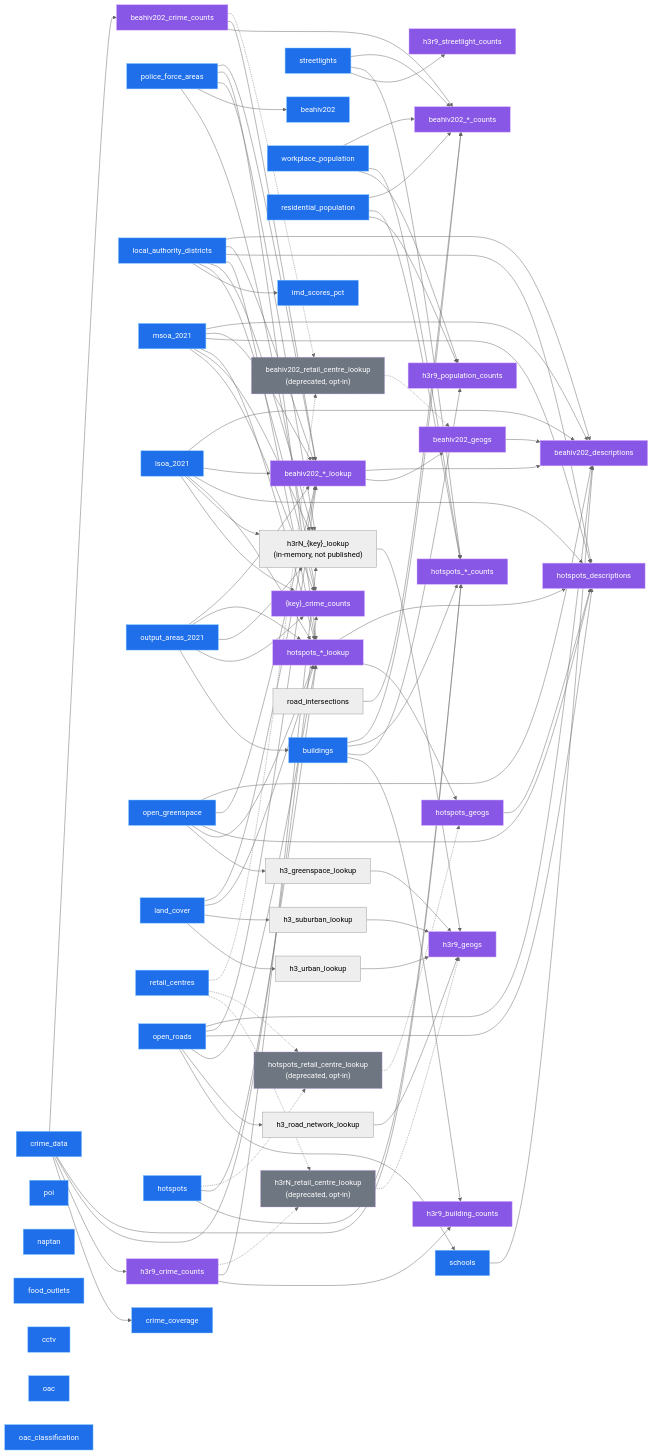
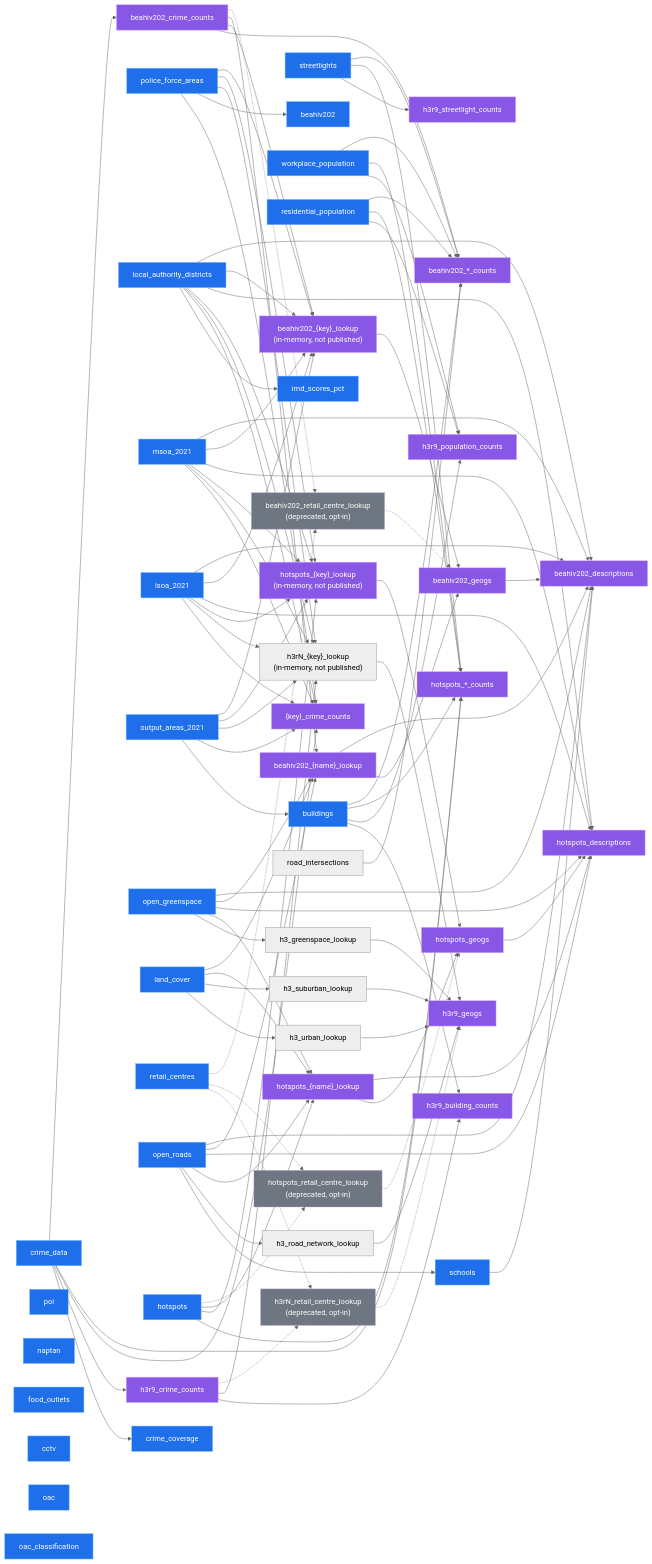
One commit to safer-streets/safer-streets-tooling changed the diagram in README.md. Above: the diagram before and after it, drawn with Mermaid (neutral theme). The commit also changed other lines of this file and 10 other files, not shown here.

First line of the commit message:
Build the BEAHIV / hotspot geography lookups in steps of their own

````diff
--- a/README.md
+++ b/README.md
@@ -128,13 +130,15 @@
    h3_retail_centres_lookup["h3rN_retail_centre_lookup<br/>(deprecated, opt-in)"]
    h3r9_geogs
    hotspot_counts["hotspots_*_counts"]
-   hotspot_lookups["hotspots_*_lookup"]
+   hotspot_geo_lookups["hotspots_{key}_lookup<br/>(in-memory, not published)"]
+   hotspot_lookups["hotspots_{name}_lookup"]
    hotspots_retail_centre_lookup["hotspots_retail_centre_lookup<br/>(deprecated, opt-in)"]
    hotspots_geogs
    hotspots_descriptions
    beahiv202_crime_counts
    beahiv_counts_other["beahiv202_*_counts"]
-   beahiv_lookups["beahiv202_*_lookup"]
+   beahiv_geo_lookups["beahiv202_{key}_lookup<br/>(in-memory, not published)"]
+   beahiv_lookups["beahiv202_{name}_lookup"]
    beahiv202_retail_centre_lookup["beahiv202_retail_centre_lookup<br/>(deprecated, opt-in)"]
    beahiv202_geogs
    beahiv202_descriptions
@@ -188,17 +192,19 @@
     buildings --> hotspot_counts
     workplace_population --> hotspot_counts
     residential_population --> hotspot_counts
+    hotspots --> hotspot_geo_lookups
+    police_force_areas --> hotspot_geo_lookups
+    local_authority_districts --> hotspot_geo_lookups
+    msoa_2021 --> hotspot_geo_lookups
+    lsoa_2021 --> hotspot_geo_lookups
+    output_areas_2021 --> hotspot_geo_lookups
     hotspots --> hotspot_lookups
-    police_force_areas --> hotspot_lookups
-    local_authority_districts --> hotspot_lookups
-    msoa_2021 --> hotspot_lookups
-    lsoa_2021 --> hotspot_lookups
-    output_areas_2021 --> hotspot_lookups
     open_greenspace --> hotspot_lookups
     land_cover --> hotspot_lookups
     open_roads --> hotspot_lookups
     hotspots -.-> hotspots_retail_centre_lookup
     retail_centres -.-> hotspots_retail_centre_lookup
+    hotspot_geo_lookups --> hotspots_geogs
     hotspot_lookups --> hotspots_geogs
     hotspots_retail_centre_lookup -.-> hotspots_geogs
     hotspots_geogs --> hotspots_descriptions
@@ -217,17 +223,19 @@
     workplace_population --> beahiv_counts_other
     residential_population --> beahiv_counts_other
     road_intersections --> beahiv_counts_other
+    beahiv202_crime_counts --> beahiv_geo_lookups
+    police_force_areas --> beahiv_geo_lookups
+    local_authority_districts --> beahiv_geo_lookups
+    msoa_2021 --> beahiv_geo_lookups
+    lsoa_2021 --> beahiv_geo_lookups
+    output_areas_2021 --> beahiv_geo_lookups
     beahiv202_crime_counts --> beahiv_lookups
-    police_force_areas --> beahiv_lookups
-    local_authority_districts --> beahiv_lookups
-    msoa_2021 --> beahiv_lookups
-    lsoa_2021 --> beahiv_lookups
-    output_areas_2021 --> beahiv_lookups
     open_greenspace --> beahiv_lookups
     land_cover --> beahiv_lookups
     open_roads --> beahiv_lookups
     beahiv202_crime_counts -.-> beahiv202_retail_centre_lookup
     retail_centres -.-> beahiv202_retail_centre_lookup
+    beahiv_geo_lookups --> beahiv202_geogs
     beahiv_lookups --> beahiv202_geogs
     beahiv202_retail_centre_lookup -.-> beahiv202_geogs
     beahiv202_geogs --> beahiv202_descriptions
@@ -244,6 +252,6 @@
     classDef transform fill:#8957e5,stroke:#d2a8ff,stroke-width:1px,color:#ffffff;
     classDef deprecated fill:#6e7681,stroke:#d2a8ff,stroke-width:1px,stroke-dasharray:4 3,color:#ffffff;
     class crime_data,crime_coverage,police_force_areas,local_authority_districts,msoa_2021,lsoa_2021,output_areas_2021,open_greenspace,land_cover,buildings,retail_centres,open_roads,poi,naptan,food_outlets,streetlights,cctv,schools,imd_scores_pct,oac,oac_classification,workplace_population,residential_population,beahiv202,hotspots extract;
-    class h3r9_crime_counts,geog_crime_counts,beahiv_counts_other,h3r9_streetlight_counts,h3r9_building_counts,h3r9_population_counts,h3r9_geogs,hotspot_counts,hotspot_lookups,hotspots_geogs,hotspots_descriptions,beahiv202_crime_counts,beahiv_lookups,beahiv202_geogs,beahiv202_descriptions transform;
+    class h3r9_crime_counts,geog_crime_counts,beahiv_counts_other,h3r9_streetlight_counts,h3r9_building_counts,h3r9_population_counts,h3r9_geogs,hotspot_counts,hotspot_geo_lookups,hotspot_lookups,hotspots_geogs,hotspots_descriptions,beahiv202_crime_counts,beahiv_geo_lookups,beahiv_lookups,beahiv202_geogs,beahiv202_descriptions transform;
     class h3_retail_centres_lookup,hotspots_retail_centre_lookup,beahiv202_retail_centre_lookup deprecated;
 ```
````
